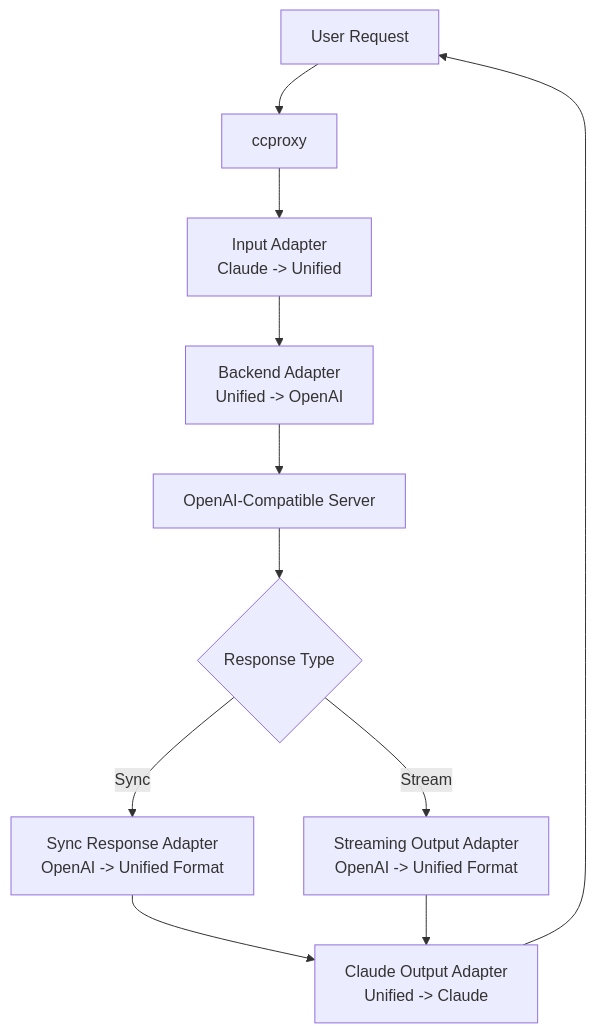
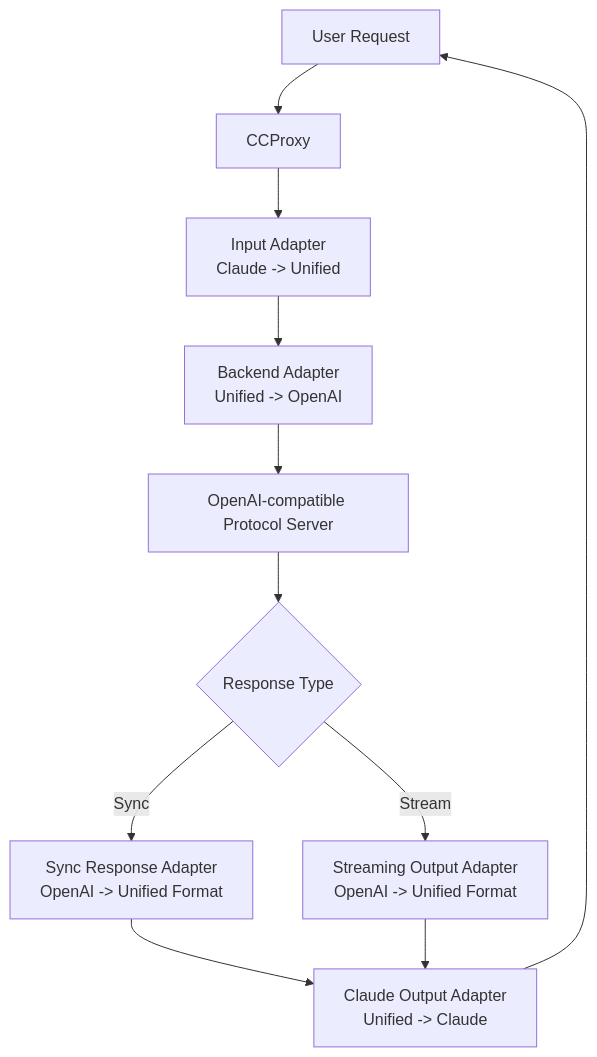
The diagram in docs/en/ccproxy/README.md (aidyou/chatspeed-docs), drawn with Mermaid before and after one commit. The commit also changed other lines of this file and 36 other files, not shown here.

````diff
--- a/docs/en/ccproxy/README.md
+++ b/docs/en/ccproxy/README.md
@@ -24,13 +26,13 @@
 ```mermaid
 graph TD
-    A[User Request] --> B[ccproxy]
+    A[User Request] --> B[CCProxy]
     B --> C[Input Adapter<br/>Claude -> Unified]
     C --> D[Backend Adapter<br/>Unified -> OpenAI]
-    D --> E[OpenAI-Compatible Server]
+    D --> E[OpenAI-compatible Protocol Server]
     E --> F{Response Type}
     F -->|Sync| G[Sync Response Adapter<br/>OpenAI -> Unified Format]
     F -->|Stream| H[Streaming Output Adapter<br/>OpenAI -> Unified Format]
     G --> I[...]
     H --> I[Claude Output Adapter<br/>Unified -> Claude]
     I --> A
 ```
````
